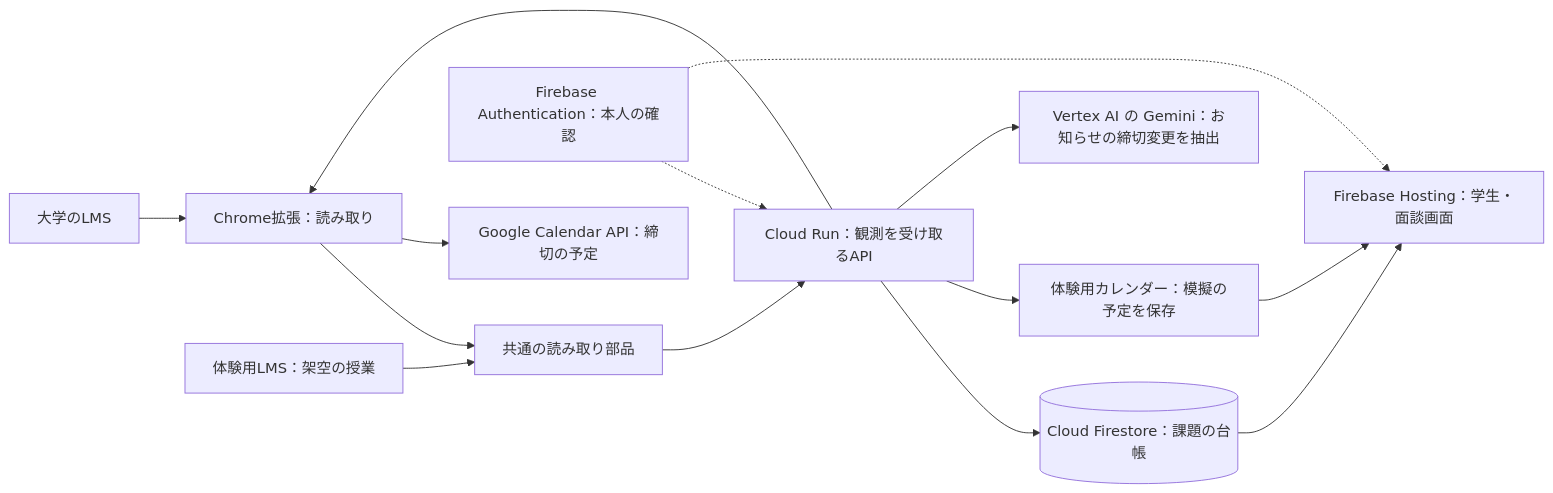
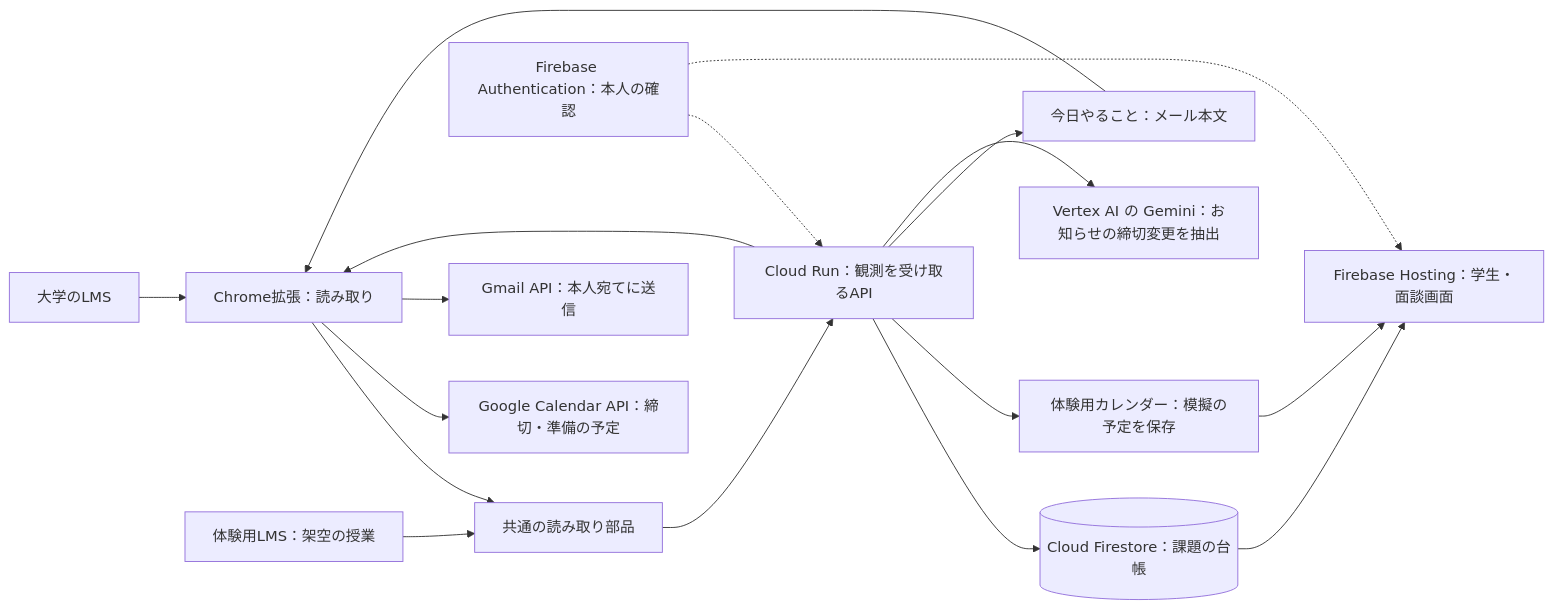
Before and after one commit to Devfest-Hackathon-2026/df-2026-t198: the diagram in README.md, drawn with Mermaid. The commit also changed other lines of this file and 4 other files, not shown here.

````diff
--- a/README.md
+++ b/README.md
@@ -74,16 +74,19 @@
 ```mermaid
 flowchart LR
   LMS[大学のLMS] --> EXT[Chrome拡張：読み取り]
   DEMO[体験用LMS：架空の授業] --> READER[共通の読み取り部品]
   EXT --> READER
   READER --> API[Cloud Run：観測を受け取るAPI]
   API --> DB[(Cloud Firestore：課題の台帳)]
   DB --> WEB[Firebase Hosting：学生・面談画面]
   AUTH[Firebase Authentication：本人の確認] -.-> API
   AUTH -.-> WEB
   API --> MOCK[体験用カレンダー：模擬の予定を保存]
   MOCK --> WEB
   API --> EXT
-  EXT --> CAL[Google Calendar API：締切の予定]
+  EXT --> CAL[Google Calendar API：締切・準備の予定]
+  API --> DIGEST[今日やること：メール本文]
+  DIGEST --> EXT
+  EXT --> GMAIL[Gmail API：本人宛てに送信]
   API --> GEMINI[Vertex AI の Gemini：お知らせの締切変更を抽出]
 ```
````
